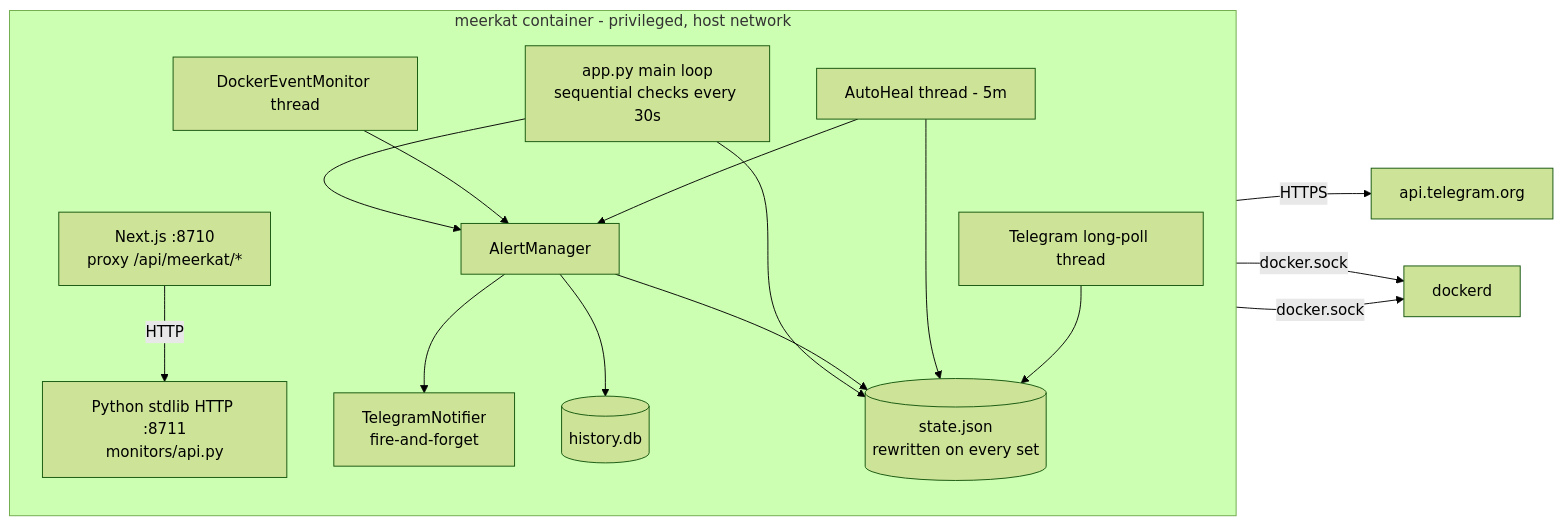
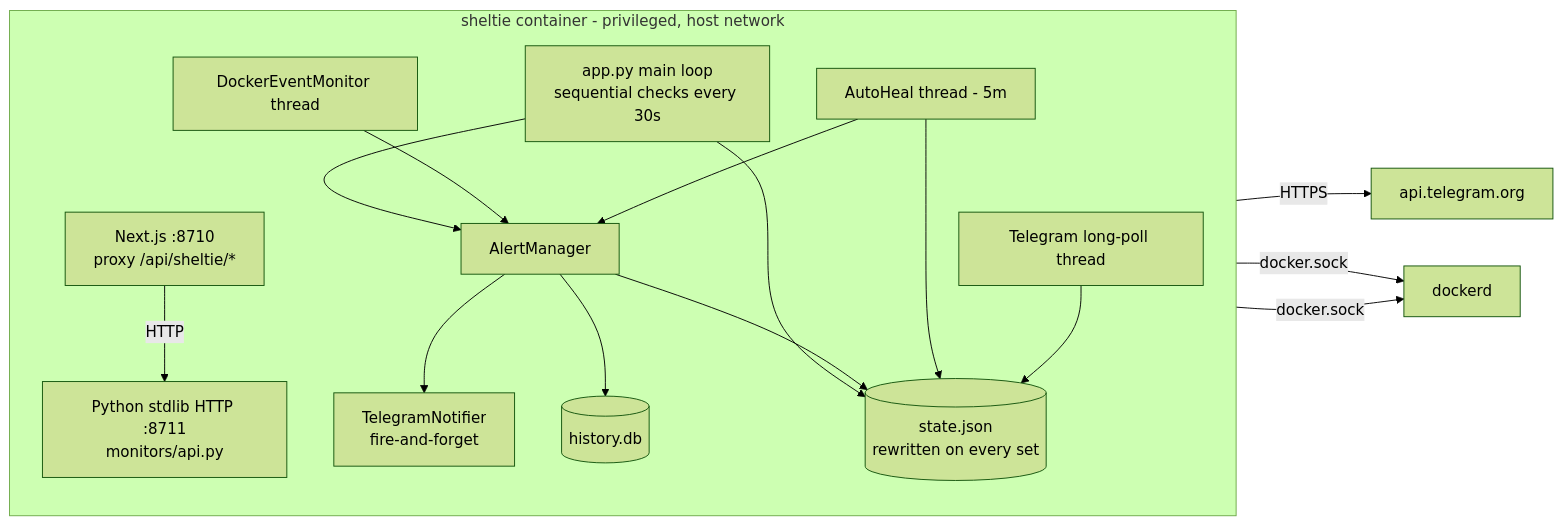
Before and after one commit to Xrg360/Sheltie: the first of 6 diagrams in docs/ARCHITECTURE.md, drawn with Mermaid (forest theme). The commit also changed other lines of this file and 11 other files, not shown here.

````diff
--- a/docs/ARCHITECTURE.md
+++ b/docs/ARCHITECTURE.md
@@ -15,20 +15,20 @@
 ```mermaid
 flowchart LR
-  subgraph Container["meerkat container - privileged, host network"]
+  subgraph Container["sheltie container - privileged, host network"]
     direction TB
-    NEXT["Next.js :8710<br/>proxy /api/meerkat/*"] -->|HTTP| API["Python stdlib HTTP :8711<br/>monitors/api.py"]
+    NEXT["Next.js :8710<br/>proxy /api/sheltie/*"] -->|HTTP| API["Python stdlib HTTP :8711<br/>monitors/api.py"]
     MAIN["app.py main loop<br/>sequential checks every 30s"] --> AM["AlertManager"]
     DOCK["DockerEventMonitor thread"] --> AM
     HEAL["AutoHeal thread - 5m"] --> AM
     CMD["Telegram long-poll thread"]
     AM --> TG["TelegramNotifier<br/>fire-and-forget"]
     AM --> HIST[("history.db")]
     MAIN --> STATE[("state.json<br/>rewritten on every set")]
     AM --> STATE
     HEAL --> STATE
     CMD --> STATE
   end
   TG -->|HTTPS| TAPI["api.telegram.org"]
   DOCK -->|docker.sock| DOCKERD["dockerd"]
   HEAL -->|docker.sock| DOCKERD
 ```
````
